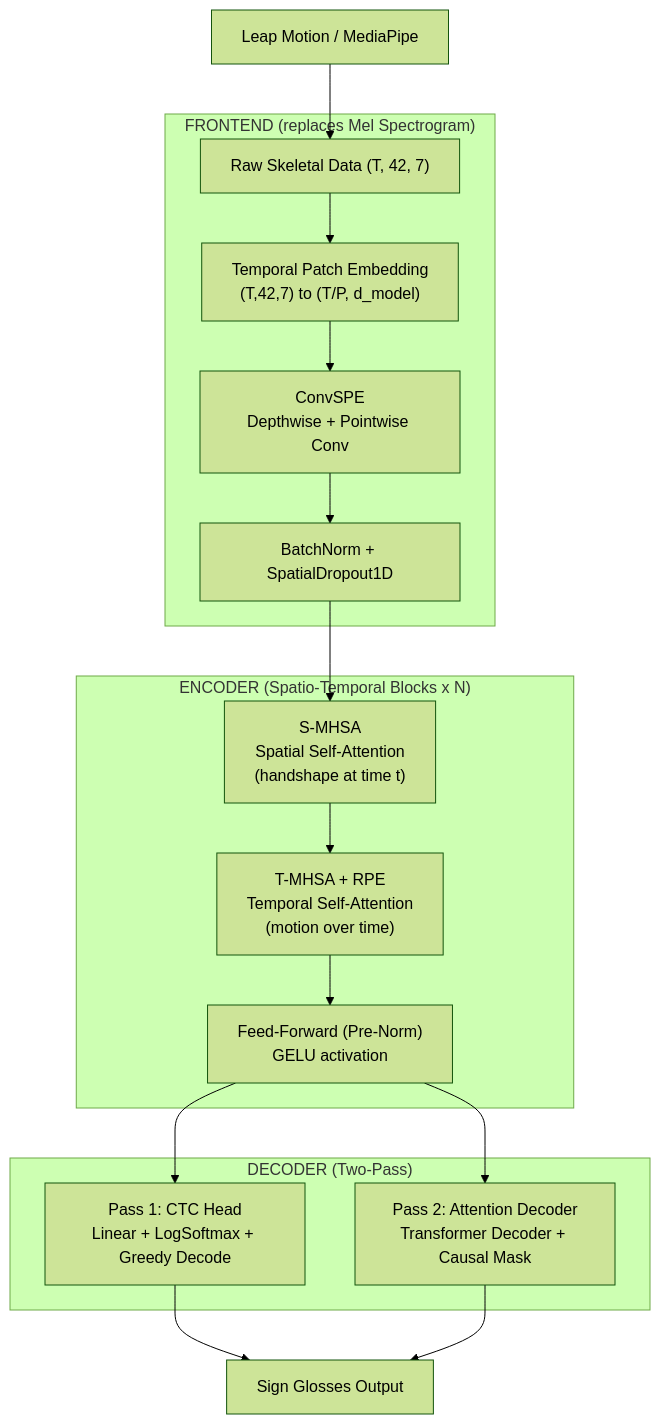
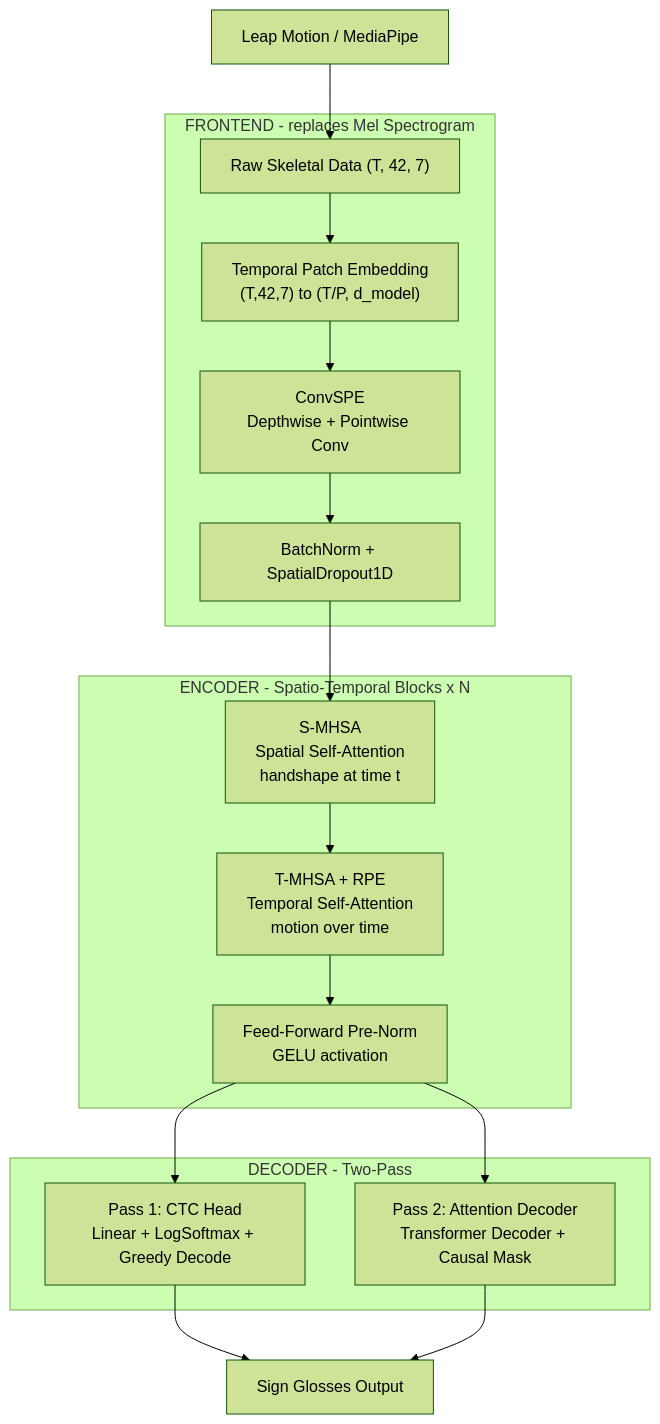
The first of 2 diagrams in README.md (minhduc110207/Whisper_modification), drawn with Mermaid (forest theme) before and after one commit.

Commit message:
fix: use <br> instead of \n for Mermaid line breaks

````diff
--- a/README.md
+++ b/README.md
@@ -53,24 +53,24 @@
 ```mermaid
 flowchart TD
     A[Leap Motion / MediaPipe] --> B["Raw Skeletal Data (T, 42, 7)"]
 
-    subgraph Frontend ["FRONTEND (replaces Mel Spectrogram)"]
-        B --> C["Temporal Patch Embedding\n(T,42,7) to (T/P, d_model)"]
-        C --> D["ConvSPE\nDepthwise + Pointwise Conv"]
+    subgraph Frontend ["FRONTEND - replaces Mel Spectrogram"]
+        B --> C["Temporal Patch Embedding<br>(T,42,7) to (T/P, d_model)"]
+        C --> D["ConvSPE<br>Depthwise + Pointwise Conv"]
         D --> E["BatchNorm + SpatialDropout1D"]
     end
 
-    subgraph Encoder ["ENCODER (Spatio-Temporal Blocks x N)"]
-        E --> F["S-MHSA\nSpatial Self-Attention\n(handshape at time t)"]
-        F --> G["T-MHSA + RPE\nTemporal Self-Attention\n(motion over time)"]
-        G --> H["Feed-Forward (Pre-Norm)\nGELU activation"]
+    subgraph Encoder ["ENCODER - Spatio-Temporal Blocks x N"]
+        E --> F["S-MHSA<br>Spatial Self-Attention<br>handshape at time t"]
+        F --> G["T-MHSA + RPE<br>Temporal Self-Attention<br>motion over time"]
+        G --> H["Feed-Forward Pre-Norm<br>GELU activation"]
     end
 
-    subgraph Decoder ["DECODER (Two-Pass)"]
-        H --> I["Pass 1: CTC Head\nLinear + LogSoftmax + Greedy Decode"]
-        H --> J["Pass 2: Attention Decoder\nTransformer Decoder + Causal Mask"]
+    subgraph Decoder ["DECODER - Two-Pass"]
+        H --> I["Pass 1: CTC Head<br>Linear + LogSoftmax + Greedy Decode"]
+        H --> J["Pass 2: Attention Decoder<br>Transformer Decoder + Causal Mask"]
     end
 
     I --> K["Sign Glosses Output"]
     J --> K
 ```
````
